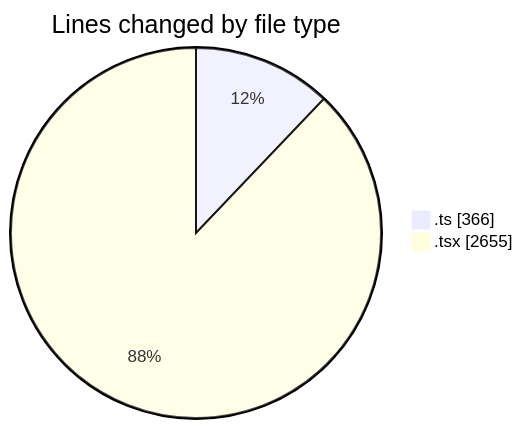
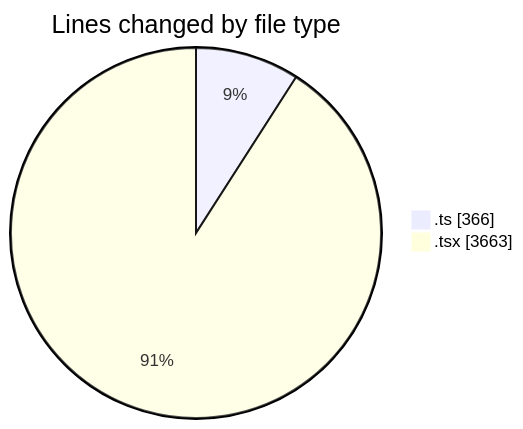
Before and after one commit to nxtqubesakshisongat/code-tracking: the first of 2 diagrams in 2026-01-28/nxtqube_webapp/README.md, drawn with Mermaid. The commit also changed other lines of this file and 1 other file, not shown here.

````diff
--- a/2026-01-28/nxtqube_webapp/README.md
+++ b/2026-01-28/nxtqube_webapp/README.md
@@ -30,6 +35,6 @@
 ```mermaid
 pie showData
 title Lines changed by file type
 ".ts" : 366
-".tsx" : 2655
+".tsx" : 3663
 ```
````
